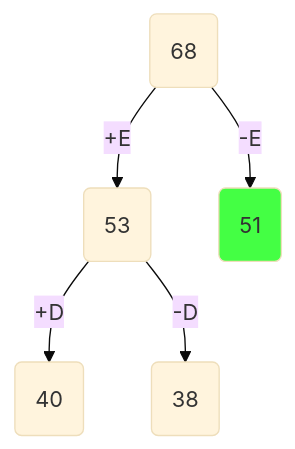
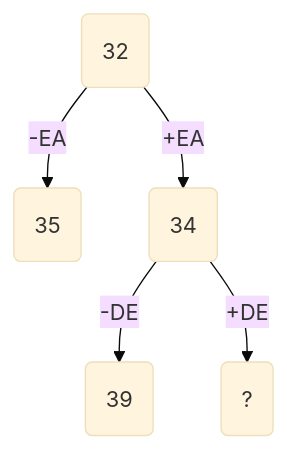
One commit to hse-algo-24-owl/manual-tasks-owl changed the fourth of 9 diagrams in nevermind.md. Above: the diagram before and after it, drawn with Mermaid (base theme). The commit also changed other lines of this file, not shown here.

````diff
--- a/nevermind.md
+++ b/nevermind.md
@@ -67,14 +122,13 @@
-``` mermaid
+```mermaid
 flowchart TD
-A(68)
-B(53)
-C(51)
-D(40)
-E(38)
-A -- +E--> B
-A -- -E--> C
-B -- +D--> D
-B -- -D--> E
+A(32)
+B(35)
+C(34)
+D(39)
+E(?)
 
-style C fill:#4f4f
+A -- -EA --> B
+A -- +EA --> C
+C -- -DE --> D
+C -- +DE --> E
 ```
````
